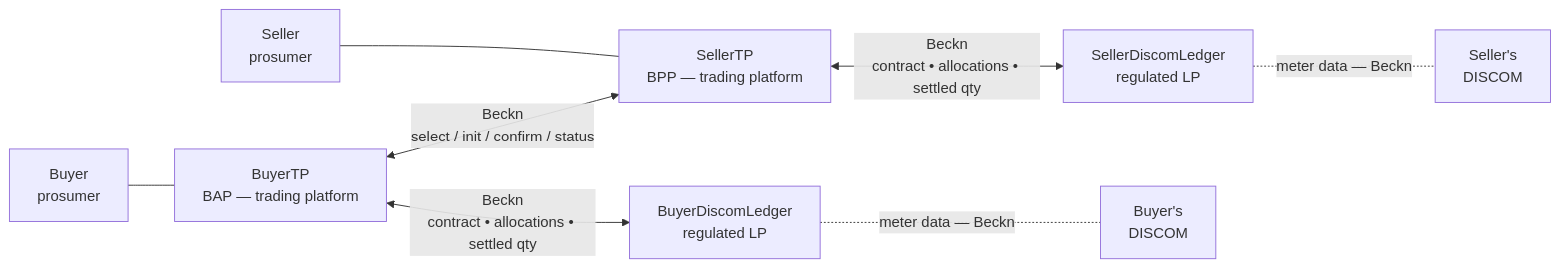
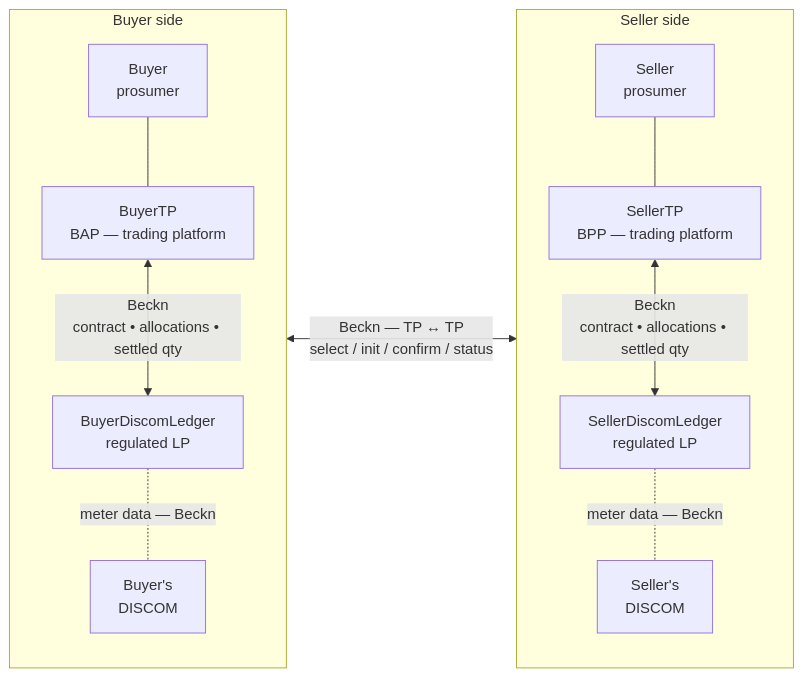
One commit to India-Energy-Stack/ies-accelerator changed the first of 2 diagrams in use-cases/p2p-energy-trading/README.md. Above: the diagram before and after it, drawn with Mermaid. The commit also changed other lines of this file and 1 other file, not shown here.

````diff
--- a/use-cases/p2p-energy-trading/README.md
+++ b/use-cases/p2p-energy-trading/README.md
@@ -106,10 +111,16 @@
 ```mermaid
 flowchart LR
-  Buyer["Buyer<br/>prosumer"] --- BuyerTP["BuyerTP<br/>BAP — trading platform"]
-  Seller["Seller<br/>prosumer"] --- SellerTP["SellerTP<br/>BPP — trading platform"]
-  BuyerTP <-- "Beckn<br/>select / init / confirm / status" --> SellerTP
-  BuyerTP <-- "Beckn<br/>contract • allocations • settled qty" --> BuyerDL["BuyerDiscomLedger<br/>regulated LP"]
-  SellerTP <-- "Beckn<br/>contract • allocations • settled qty" --> SellerDL["SellerDiscomLedger<br/>regulated LP"]
-  BuyerDL -. "meter data — Beckn" .- BuyerDiscom["Buyer's<br/>DISCOM"]
-  SellerDL -. "meter data — Beckn" .- SellerDiscom["Seller's<br/>DISCOM"]
+  subgraph BS["Buyer side"]
+    direction TB
+    Buyer["Buyer<br/>prosumer"] --- BuyerTP["BuyerTP<br/>BAP — trading platform"]
+    BuyerTP <-- "Beckn<br/>contract • allocations • settled qty" --> BuyerDL["BuyerDiscomLedger<br/>regulated LP"]
+    BuyerDL -. "meter data — Beckn" .- BuyerDiscom["Buyer's<br/>DISCOM"]
+  end
+  subgraph SS["Seller side"]
+    direction TB
+    Seller["Seller<br/>prosumer"] --- SellerTP["SellerTP<br/>BPP — trading platform"]
+    SellerTP <-- "Beckn<br/>contract • allocations • settled qty" --> SellerDL["SellerDiscomLedger<br/>regulated LP"]
+    SellerDL -. "meter data — Beckn" .- SellerDiscom["Seller's<br/>DISCOM"]
+  end
+  BS <-- "Beckn — TP ↔ TP<br/>select / init / confirm / status" --> SS
 ```
````
